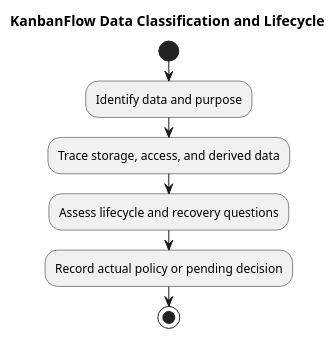
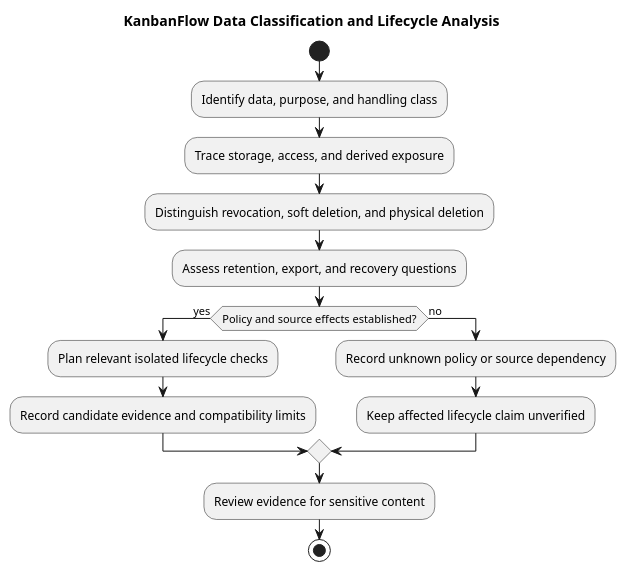
The diagram in docs/SDLC/03-analysis/diagrams/data-classification-and-lifecycle.puml (Farhad-Valizadegan/Web-KanbanFlow), drawn with PlantUML before and after one commit. The commit also changed 2 other files, not shown here.

Commit message:
docs: complete data classification deletion and lifecycle analysis

```diff
--- a/docs/SDLC/03-analysis/diagrams/data-classification-and-lifecycle.puml
+++ b/docs/SDLC/03-analysis/diagrams/data-classification-and-lifecycle.puml
@@ -1,9 +1,17 @@
 @startuml
-title KanbanFlow Data Classification and Lifecycle
+title KanbanFlow Data Classification and Lifecycle Analysis
 start
-:Identify data and purpose;
-:Trace storage, access, and derived data;
-:Assess lifecycle and recovery questions;
-:Record actual policy or pending decision;
+:Identify data, purpose, and handling class;
+:Trace storage, access, and derived exposure;
+:Distinguish revocation, soft deletion, and physical deletion;
+:Assess retention, export, and recovery questions;
+if (Policy and source effects established?) then (yes)
+ :Plan relevant isolated lifecycle checks;
+ :Record candidate evidence and compatibility limits;
+else (no)
+ :Record unknown policy or source dependency;
+ :Keep affected lifecycle claim unverified;
+endif
+:Review evidence for sensitive content;
 stop
 @enduml
```
